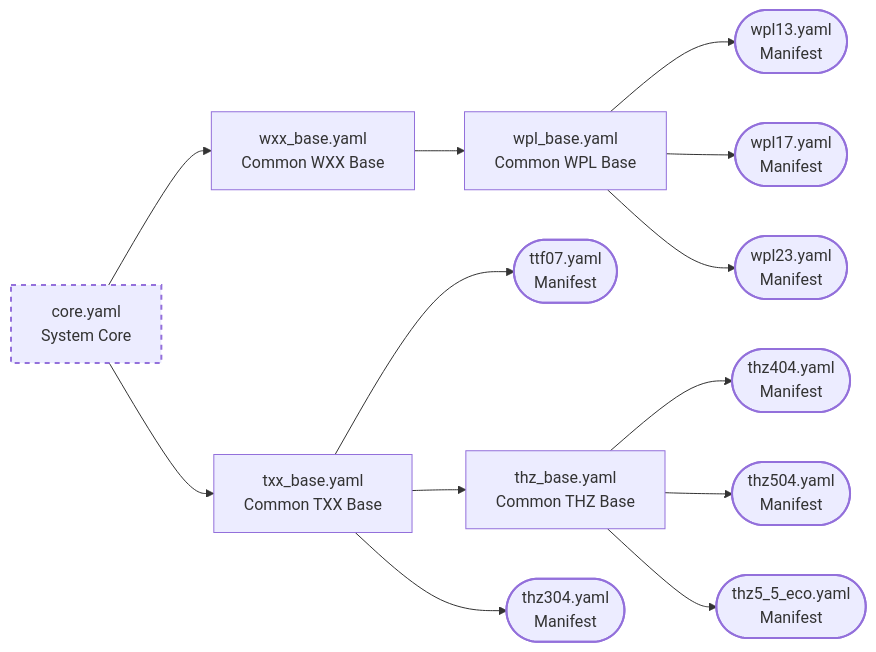
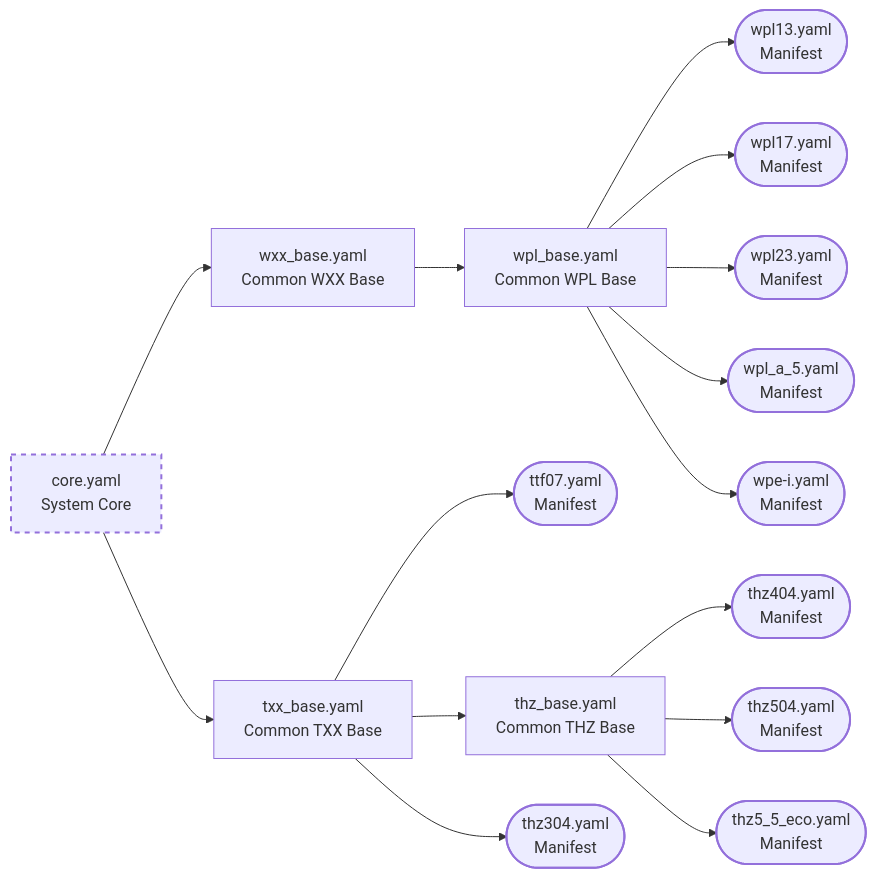
One commit to kr0ner/OneESP32ToRuleThemAll changed the diagram in README.md. Above: the diagram before and after it, drawn with Mermaid. The commit also changed 8 other files, not shown here.

```diff
--- a/README.md
+++ b/README.md
@@ -121,29 +121,33 @@
 ~~~mermaid
 flowchart LR
     core[core.yaml<br>System Core] --> wxx[wxx_base.yaml<br>Common WXX Base]
     core --> txx[txx_base.yaml<br>Common TXX Base]
 
     wxx --> wpl_base[wpl_base.yaml<br>Common WPL Base]
 
     wpl_base --> wpl13([wpl13.yaml<br>Manifest])
     wpl_base --> wpl17([wpl17.yaml<br>Manifest])
     wpl_base --> wpl23([wpl23.yaml<br>Manifest])
+    wpl_base --> wpla5([wpl_a_5.yaml<br>Manifest])
+    wpl_base --> wpei([wpe-i.yaml<br>Manifest])
 
     txx --> ttf07([ttf07.yaml<br>Manifest])
     txx --> thz[thz_base.yaml<br>Common THZ Base]
     txx --> thz304([thz304.yaml<br>Manifest])
 
     thz --> thz404([thz404.yaml<br>Manifest])
     thz --> thz504([thz504.yaml<br>Manifest])
     thz --> thz55([thz5_5_eco.yaml<br>Manifest])
 
     style core stroke-width:2px,stroke-dasharray: 5 5
     style wpl13 stroke-width:2px
     style wpl17 stroke-width:2px
     style wpl23 stroke-width:2px
+    style wpla5 stroke-width:2px
+    style wpei stroke-width:2px
     style ttf07 stroke-width:2px
     style thz304 stroke-width:2px
     style thz404 stroke-width:2px
     style thz504 stroke-width:2px
     style thz55 stroke-width:2px
 ~~~
```
